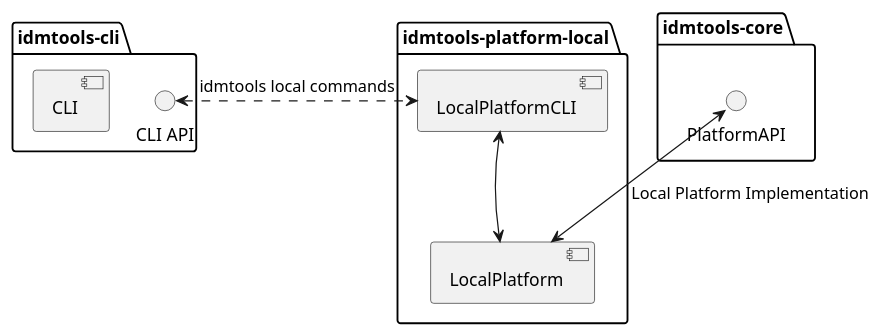
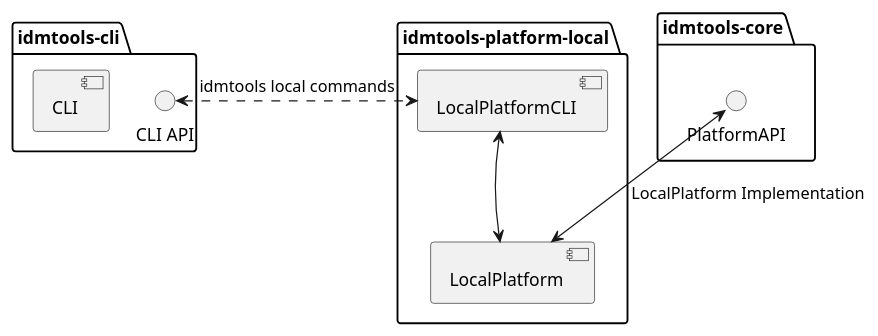
One commit to shchen-idmod/idmtools-1 changed the diagram in diagrams/local.puml. Above: the diagram before and after it, drawn with PlantUML. The commit also changed 3 other files, not shown here.

Commit message:
#814 - Diagrams

```diff
--- a/diagrams/local.puml
+++ b/diagrams/local.puml
@@ -1,19 +1,19 @@
 @startuml
 package "idmtools-cli" as cli {
     [CLI]
     () "CLI API" as cli_api
 }
 
 package "idmtools-core" as regsitry {
     () "PlatformAPI" as PlatformAPI
 }
 
 package "idmtools-platform-local" as local {
     [LocalPlatform]
     [LocalPlatformCLI]
 }
-PlatformAPI <-down-> LocalPlatform : Local Platform Implementation
+PlatformAPI <-down-> LocalPlatform : LocalPlatform Implementation
 cli_api <.> LocalPlatformCLI : idmtools local commands
 LocalPlatformCLI <--> LocalPlatform
 LocalPlatform -[hidden]- LocalPlatformCLI
 @enduml
```
